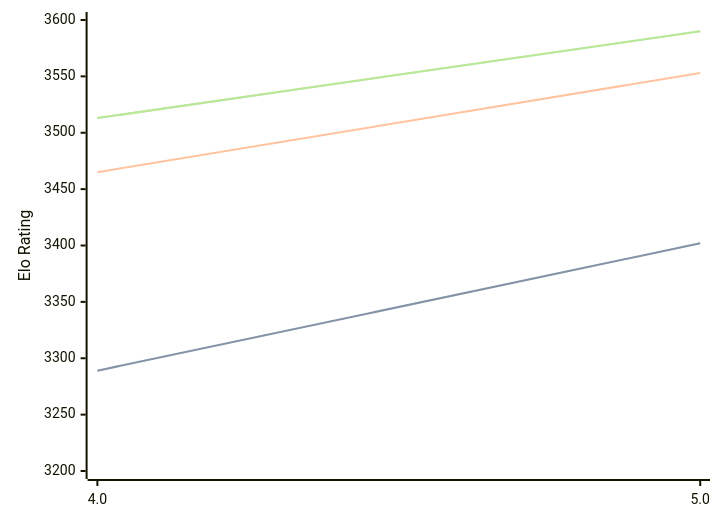
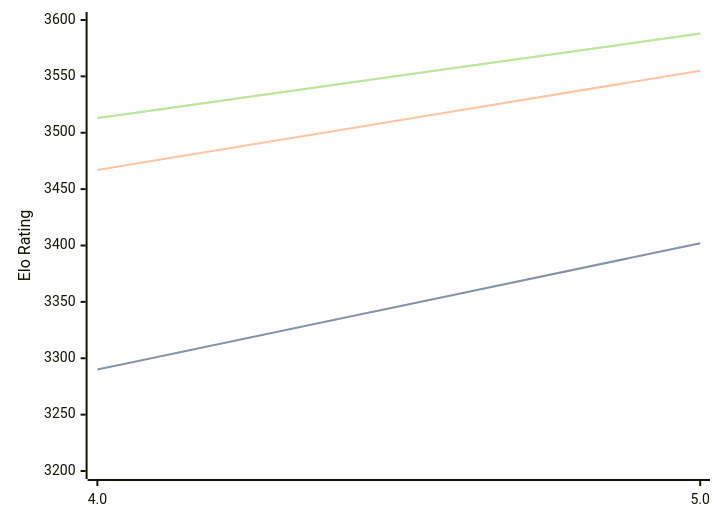
Before and after one commit to computer-chess-index/cci: the diagram in engines/Tarnished.md, drawn with Mermaid. The commit also changed other lines of this file, not shown here.

Commit message:
Update CCI Ratings (ELO VLTC) - 2026-02-15

````diff
--- a/engines/Tarnished.md
+++ b/engines/Tarnished.md
@@ -33,11 +33,11 @@
 ```mermaid
 %%{init: {"theme":"base","themeVariables":{"seriesColors:['#a3a3a3','#222221','#faa371']}}}%%
 xychart-beta
   x-axis ["4.0", "5.0"]
   y-axis "Elo Rating" 3200 --> 3600
-  line "STC (8.0+0.08s)" [3289, 3402]
-  line "STC (8.0+0.08s)" [3289, 3402]
-  line "LTC (60.0+0.60s)" [3465, 3553]
-  line "VLTC (2m24s+1.12s)" [3513, 3590]
-  line "VLTC (2m24s+1.12s)" [3513, 3590]
+  line "STC (8.0+0.08s)" [3290, 3402]
+  line "STC (8.0+0.08s)" [3290, 3402]
+  line "LTC (60.0+0.60s)" [3467, 3555]
+  line "VLTC (2m24s+1.12s)" [3513, 3588]
+  line "VLTC (2m24s+1.12s)" [3513, 3588]
 ```
````
